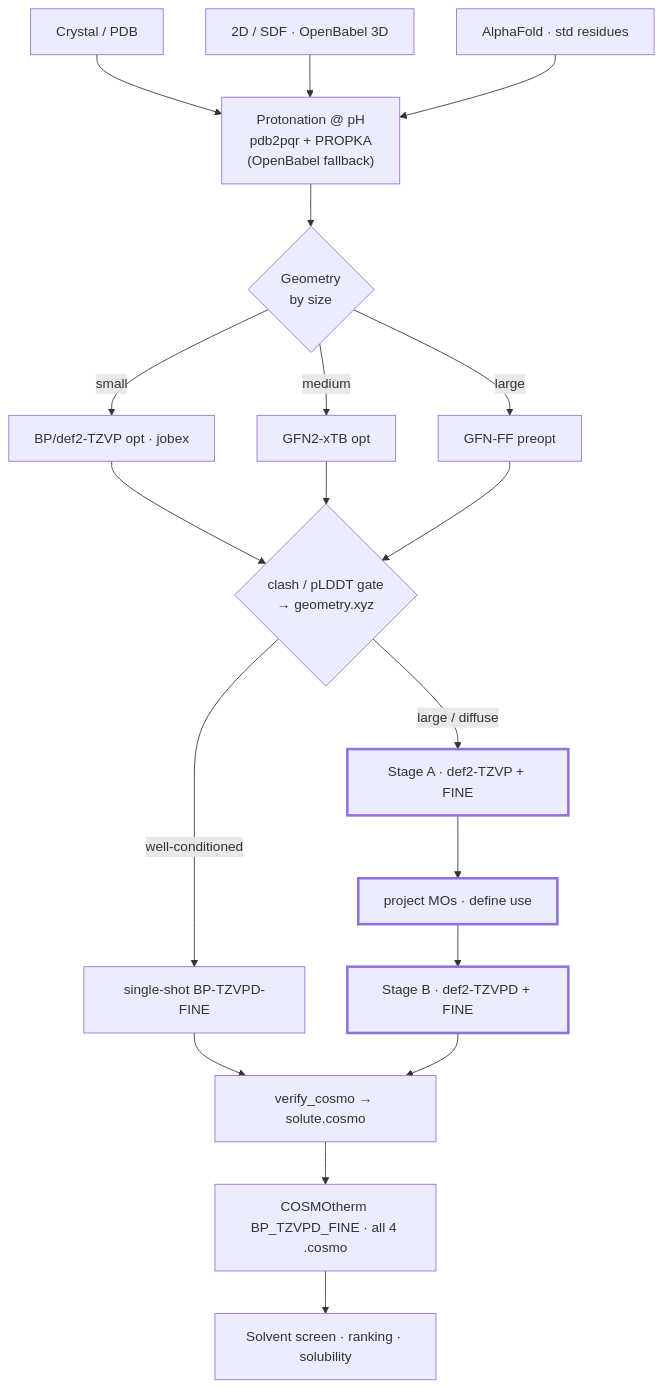
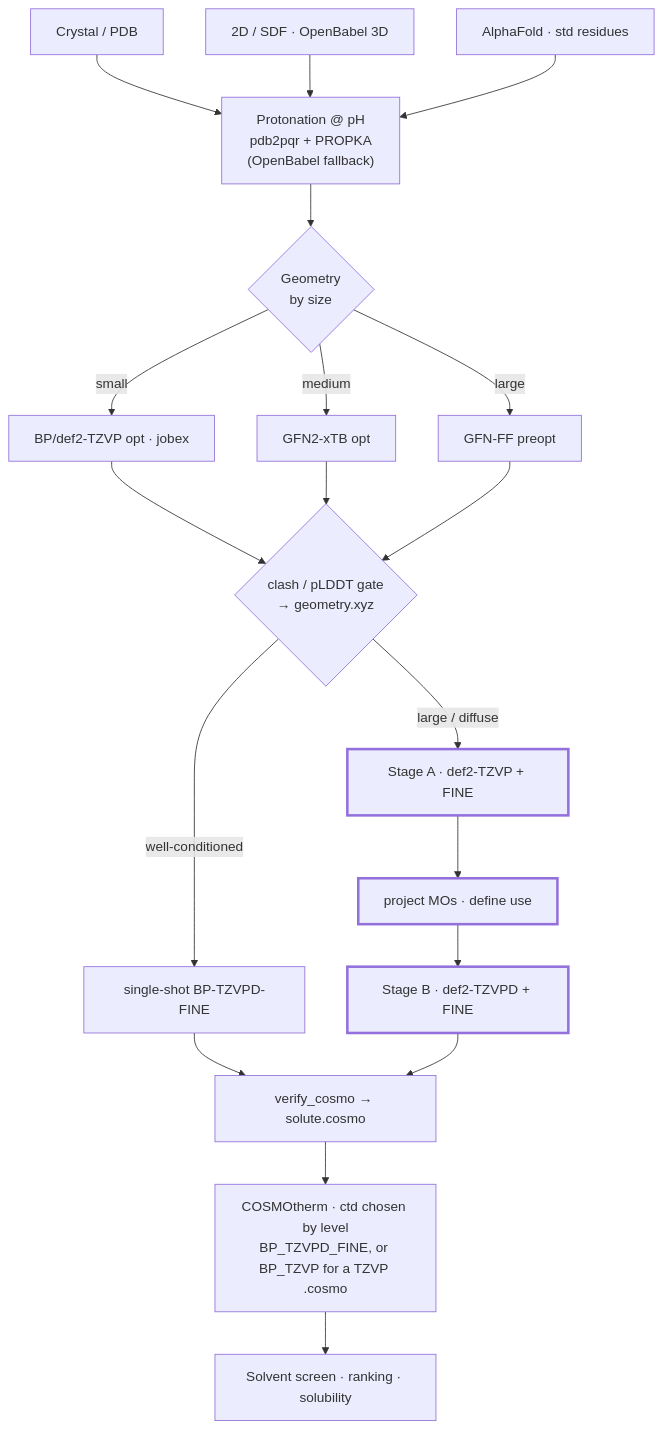
One commit to LEGRHIB/turbomole-cosmo changed the diagram in docs/workflow.md. Above: the diagram before and after it, drawn with Mermaid. The commit also changed other lines of this file and 1 other file, not shown here.

````diff
--- a/docs/workflow.md
+++ b/docs/workflow.md
@@ -13,27 +13,27 @@
 ```mermaid
 flowchart TD
   PDB[Crystal / PDB] --> PROT
   SDF[2D / SDF · OpenBabel 3D] --> PROT
   AF[AlphaFold · std residues] --> PROT
   PROT["Protonation @ pH<br/>pdb2pqr + PROPKA<br/>(OpenBabel fallback)"] --> GEO
 
   GEO{"Geometry<br/>by size"}
   GEO -->|small| G1[BP/def2-TZVP opt · jobex]
   GEO -->|medium| G2[GFN2-xTB opt]
   GEO -->|large| G3[GFN-FF preopt]
   G1 --> GATE
   G2 --> GATE
   G3 --> GATE
   GATE{"clash / pLDDT gate<br/>→ geometry.xyz"}
 
   GATE -->|"well-conditioned"| SS[single-shot BP-TZVPD-FINE]
   GATE -->|"large / diffuse"| SA[Stage A · def2-TZVP + FINE]
   SA --> PM[project MOs · define use] --> SB[Stage B · def2-TZVPD + FINE]
   SS --> VER[verify_cosmo → solute.cosmo]
   SB --> VER
-  VER --> CT[COSMOtherm BP_TZVPD_FINE · all 4 .cosmo]
+  VER --> CT["COSMOtherm · ctd chosen by level<br/>BP_TZVPD_FINE, or BP_TZVP for a TZVP .cosmo"]
   CT --> OUT[Solvent screen · ranking · solubility]
 
   classDef hi stroke-width:3px;
   class SA,PM,SB hi;
 ```
````
